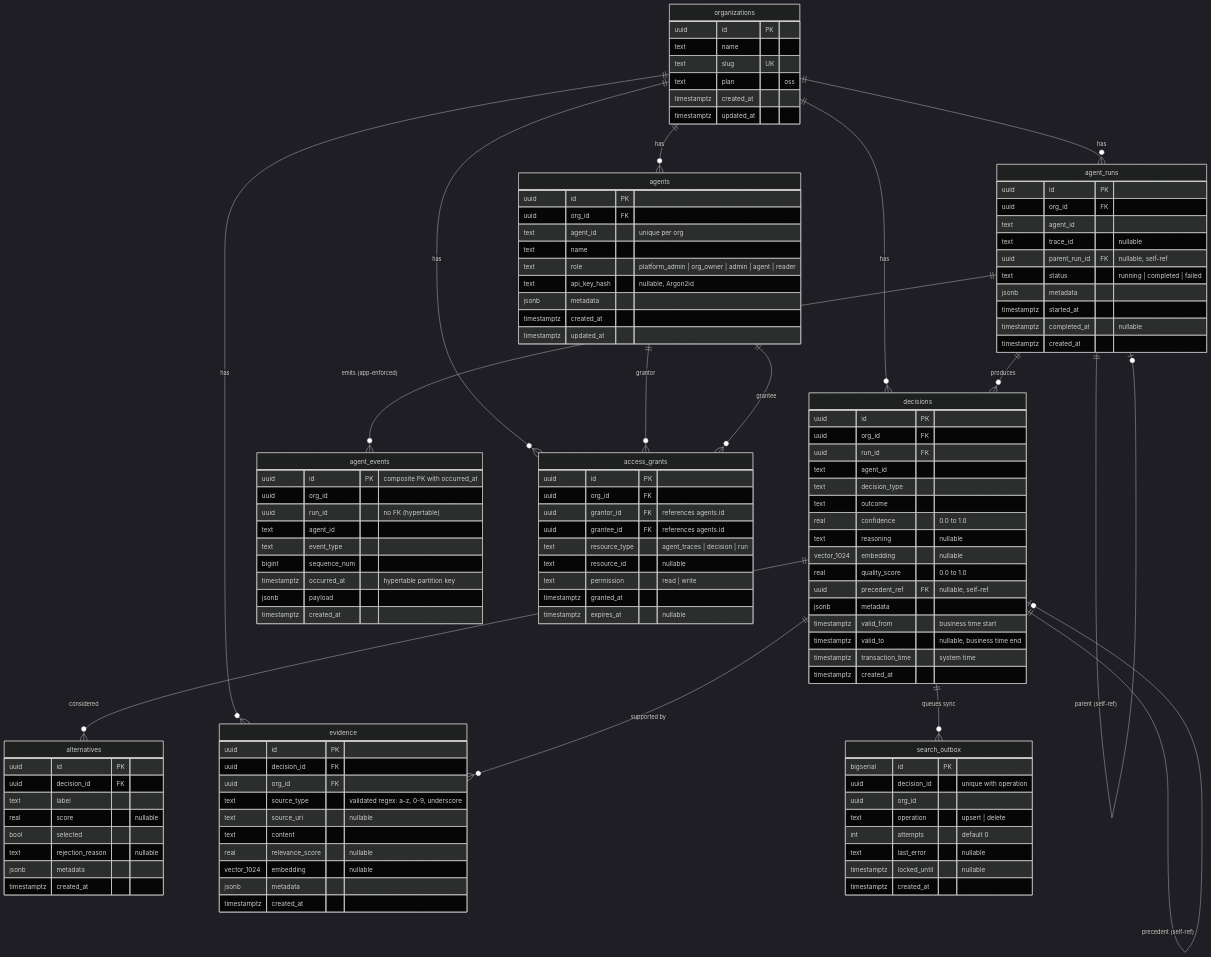
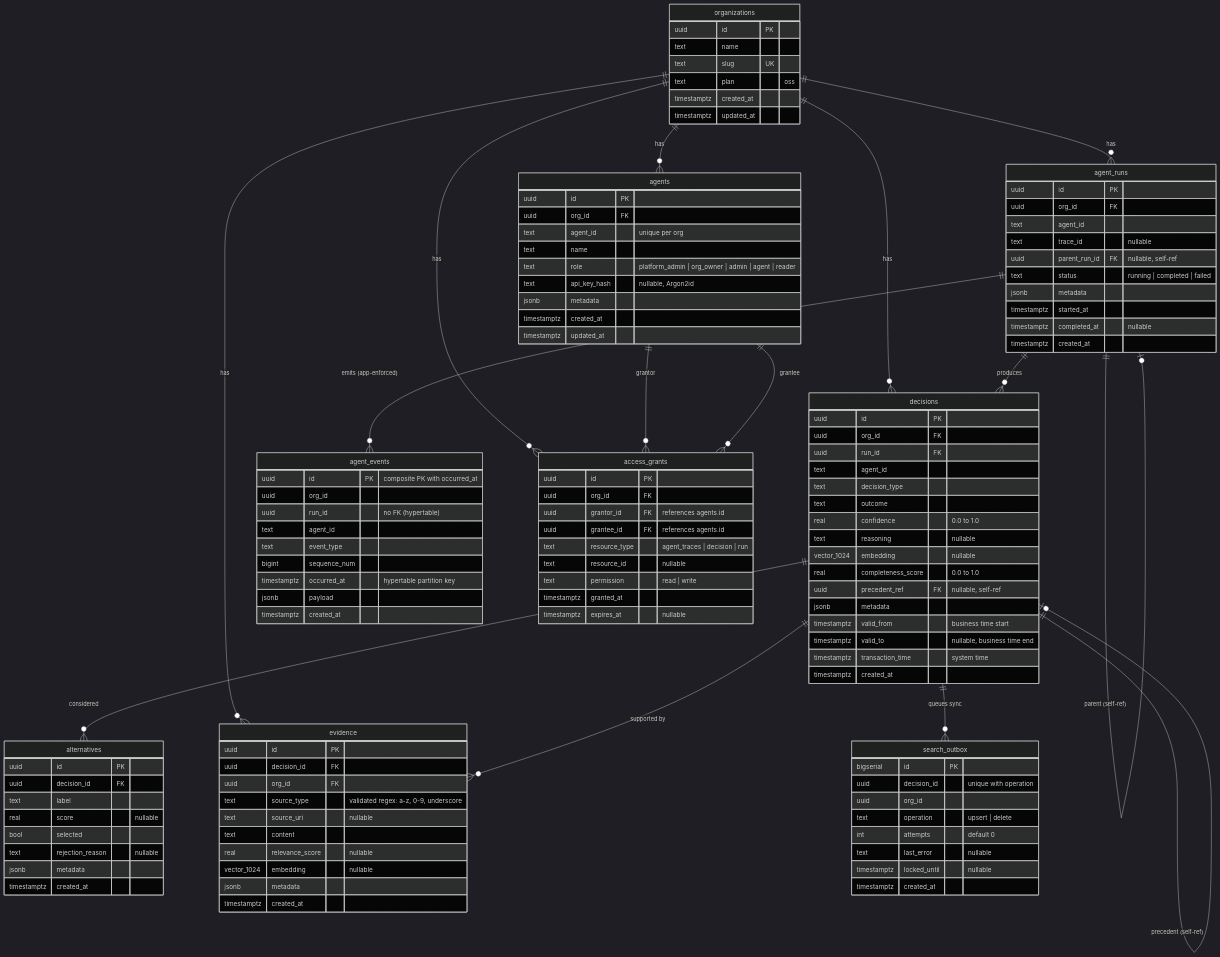
One commit to ashita-ai/akashi changed the sixth of 6 diagrams in docs/diagrams.md. Above: the diagram before and after it, drawn with Mermaid (dark theme). The commit also changed other lines of this file and 2 other files, not shown here.

First line of the commit message:
docs: update stale ReScore formula and quality_score references

```diff
--- a/docs/diagrams.md
+++ b/docs/diagrams.md
@@ -340,7 +340,7 @@
         real confidence "0.0 to 1.0"
         text reasoning "nullable"
         vector_1024 embedding "nullable"
-        real quality_score "0.0 to 1.0"
+        real completeness_score "0.0 to 1.0"
         uuid precedent_ref FK "nullable, self-ref"
         jsonb metadata
         timestamptz valid_from "business time start"
```
